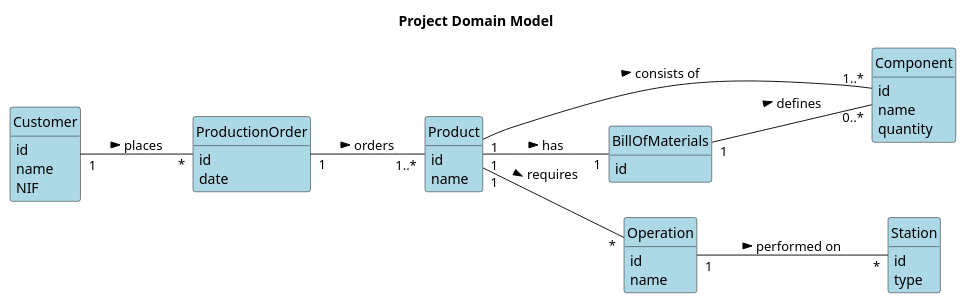
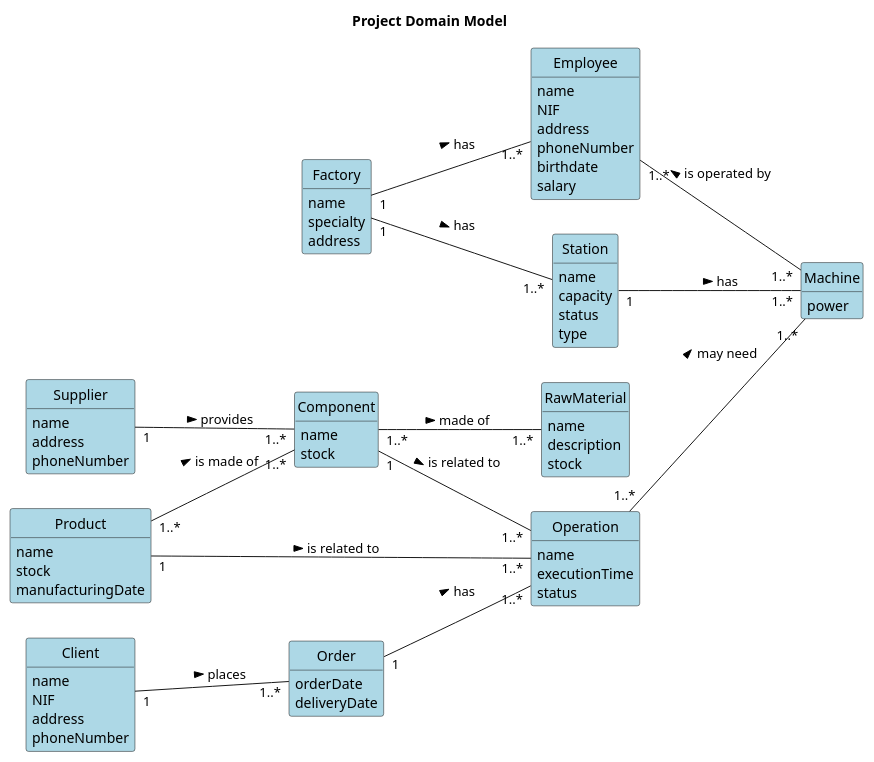
The diagram in others/documentation/global-artifacts/domain-model.puml (ricardomm7/buildflow), drawn with PlantUML before and after one commit. The commit also changed 2 other files, not shown here.

```diff
--- a/others/documentation/global-artifacts/domain-model.puml
+++ b/others/documentation/global-artifacts/domain-model.puml
@@ -1,59 +1,93 @@
 @startuml
-'skinparam monochrome true
 skinparam classBackgroundColor #ADD8E6
 skinparam packageStyle rectangle
 skinparam shadowing false
 skinparam classAttributeIconSize 0
 hide circle
 hide methods
 left to right direction
 
 title Project Domain Model
 
+class Supplier {
+    name
+    address
+    phoneNumber
+}
+
+class RawMaterial {
+    name
+    description
+    stock
+}
+
 class Product {
-    id
     name
+    stock
+    manufacturingDate
 }
 
 class Component {
-    id
     name
-    quantity
+    stock
 }
 
-class BillOfMaterials {
-    id
+class Machine {
+    power
+}
+
+class Employee {
+    name
+    NIF
+    address
+    phoneNumber
+    birthdate
+    salary
 }
 
 class Operation {
-    id
     name
+    executionTime
+    status
 }
 
 class Station {
-    id
+    name
+    capacity
+    status
     type
 }
 
-class ProductionOrder {
-    id
-    date
+class Factory {
+    name
+    specialty
+    address
 }
 
-class Customer {
-    id
+class Order {
+    orderDate
+    deliveryDate
+}
+
+class Client {
     name
     NIF
+    address
+    phoneNumber
 }
 
-Product "1" -- "1..*" Component: consists of >
-Product "1" -- "1" BillOfMaterials: has >
-Product "1" -- "*" Operation: requires >
-
-BillOfMaterials "1" -- "0..*" Component: defines >
-Operation "1" -- "*" Station: performed on >
-ProductionOrder "1" -- "1..*" Product: orders >
-
-Customer "1" -- "*" ProductionOrder: places >
+Supplier "1" -- "1..*" Component: provides >
+Component "1..*" -- "1..*" RawMaterial: made of >
+Product "1..*" -- "1..*" Component : is made of >
+Component "1" -- "1..*" Operation : is related to >
+Product "1" -- "1..*" Operation : is related to >
+Order "1" -- "1..*" Operation : has >
+'assumindo que não existem encomendas iguais
+Client "1" -- "1..*" Order : places >
+Operation "1..*" -- "1..*" Machine : may need >
+Employee "1..*" -- "1..*" Machine : is operated by <
+Station "1" -- "1..*" Machine : has >
+Factory "1" -- "1..*" Station : has >
+Factory "1" -- "1..*" Employee : has >
 
 @enduml
```
